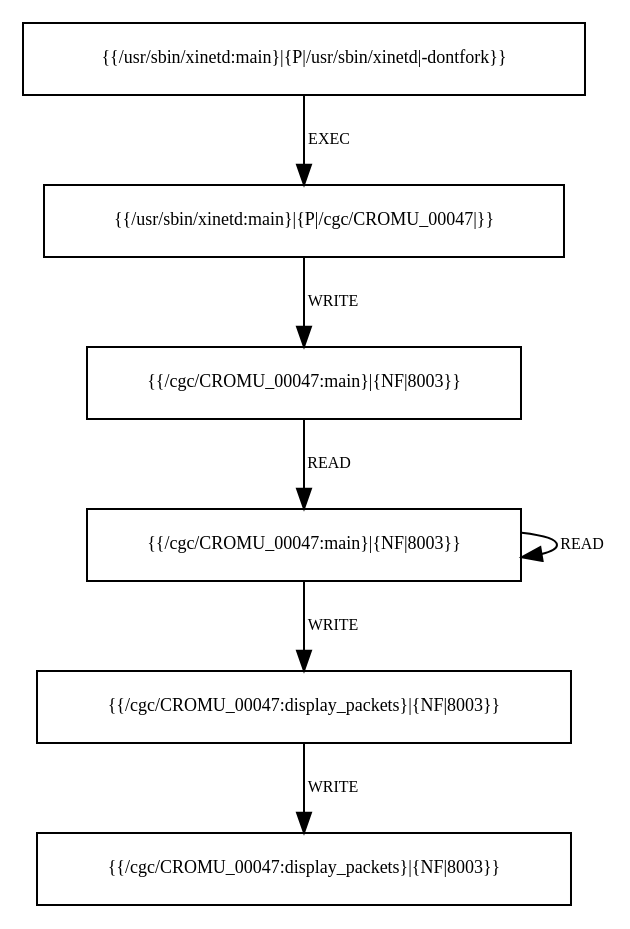
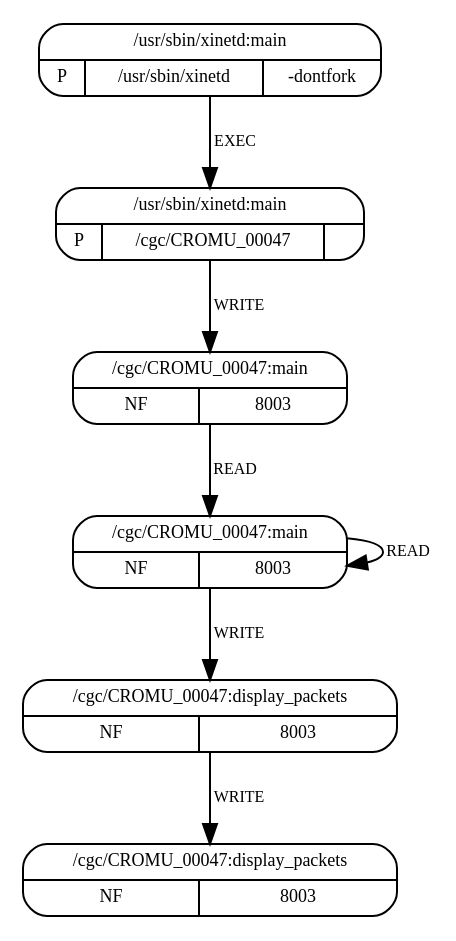
One commit to sysflow-telemetry/upolicycraft changed the diagram in plugins/mrm/resources/models/cromu_00047.dot. Above: the diagram before and after it, drawn with Graphviz. The commit also changed 4 other files, not shown here.

```diff
--- a/plugins/mrm/resources/models/cromu_00047.dot
+++ b/plugins/mrm/resources/models/cromu_00047.dot
@@ -1,22 +1,22 @@
 digraph G {
-  2 [shape=box, label="{{/cgc/CROMU_00047:main}|{NF|8003}}", fontsize=9, ];
-  4 [shape=box, label="{{/cgc/CROMU_00047:display_packets}|{NF|8003}}",
+  2 [shape=Mrecord, label="{{/cgc/CROMU_00047:main}|{NF|8003}}", fontsize=9, ];
+  4 [shape=Mrecord, label="{{/cgc/CROMU_00047:display_packets}|{NF|8003}}",
      fontsize=9, ];
-  5 [shape=box, label="{{/cgc/CROMU_00047:display_packets}|{NF|8003}}",
+  5 [shape=Mrecord, label="{{/cgc/CROMU_00047:display_packets}|{NF|8003}}",
      fontsize=9, ];
-  3 [shape=box, label="{{/cgc/CROMU_00047:main}|{NF|8003}}", fontsize=9, ];
-  0 [shape=box,
+  3 [shape=Mrecord, label="{{/cgc/CROMU_00047:main}|{NF|8003}}", fontsize=9, ];
+  0 [shape=Mrecord,
      label="{{/usr/sbin/xinetd:main}|{P|/usr/sbin/xinetd|-dontfork}}",
      fontsize=9, ];
-  1 [shape=box, label="{{/usr/sbin/xinetd:main}|{P|/cgc/CROMU_00047|}}",
+  1 [shape=Mrecord, label="{{/usr/sbin/xinetd:main}|{P|/cgc/CROMU_00047|}}",
      fontsize=9, ];
   
   
   2 -> 3 [label="READ", fontsize=8, ];
   4 -> 5 [label="WRITE", fontsize=8, ];
   3 -> 4 [label="WRITE", fontsize=8, ];
   3 -> 3 [label="READ", fontsize=8, ];
   0 -> 1 [label="EXEC", fontsize=8, ];
   1 -> 2 [label="WRITE", fontsize=8, ];
   
   }
```
